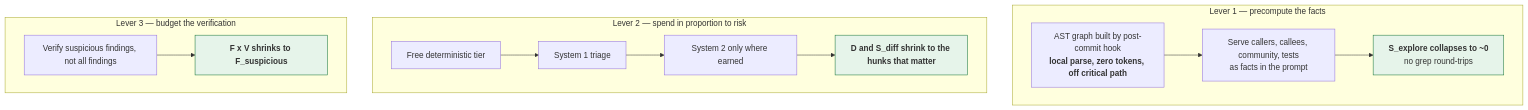
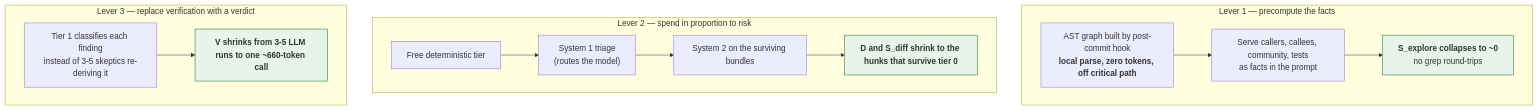
One commit to liem18112000/graph-code-review-agent changed the fifth of 14 diagrams in docs/architecture.md. Above: the diagram before and after it, drawn with Mermaid. The commit also changed other lines of this file and 11 other files, not shown here.

````diff
--- a/docs/architecture.md
+++ b/docs/architecture.md
@@ -75,22 +184,22 @@
 ```mermaid
 flowchart TD
     subgraph L1["Lever 1 — precompute the facts"]
         A["AST graph built by post-commit hook<br/><b>local parse, zero tokens, off critical path</b>"]
         A --> B["Serve callers, callees, community, tests<br/>as facts in the prompt"]
         B --> C["<b>S_explore collapses to ~0</b><br/>no grep round-trips"]
     end
 
     subgraph L2["Lever 2 — spend in proportion to risk"]
-        D["Free deterministic tier"] --> E["System 1 triage"] --> F["System 2 only where earned"]
-        F --> G["<b>D and S_diff shrink to the hunks that matter</b>"]
+        D["Free deterministic tier"] --> E["System 1 triage<br/>(routes the model)"] --> F["System 2 on the surviving bundles"]
+        F --> G["<b>D and S_diff shrink to the hunks that survive tier 0</b>"]
     end
 
-    subgraph L3["Lever 3 — budget the verification"]
-        H["Verify suspicious findings, not all findings"]
-        H --> I["<b>F x V shrinks to F_suspicious</b>"]
+    subgraph L3["Lever 3 — replace verification with a verdict"]
+        H["Tier 1 classifies each finding<br/>instead of 3-5 skeptics re-deriving it"]
+        H --> I["<b>V shrinks from 3-5 LLM runs to one ~660-token call</b>"]
     end
 
     style C fill:#e6f4ea,stroke:#137333
     style G fill:#e6f4ea,stroke:#137333
     style I fill:#e6f4ea,stroke:#137333
 ```
````
